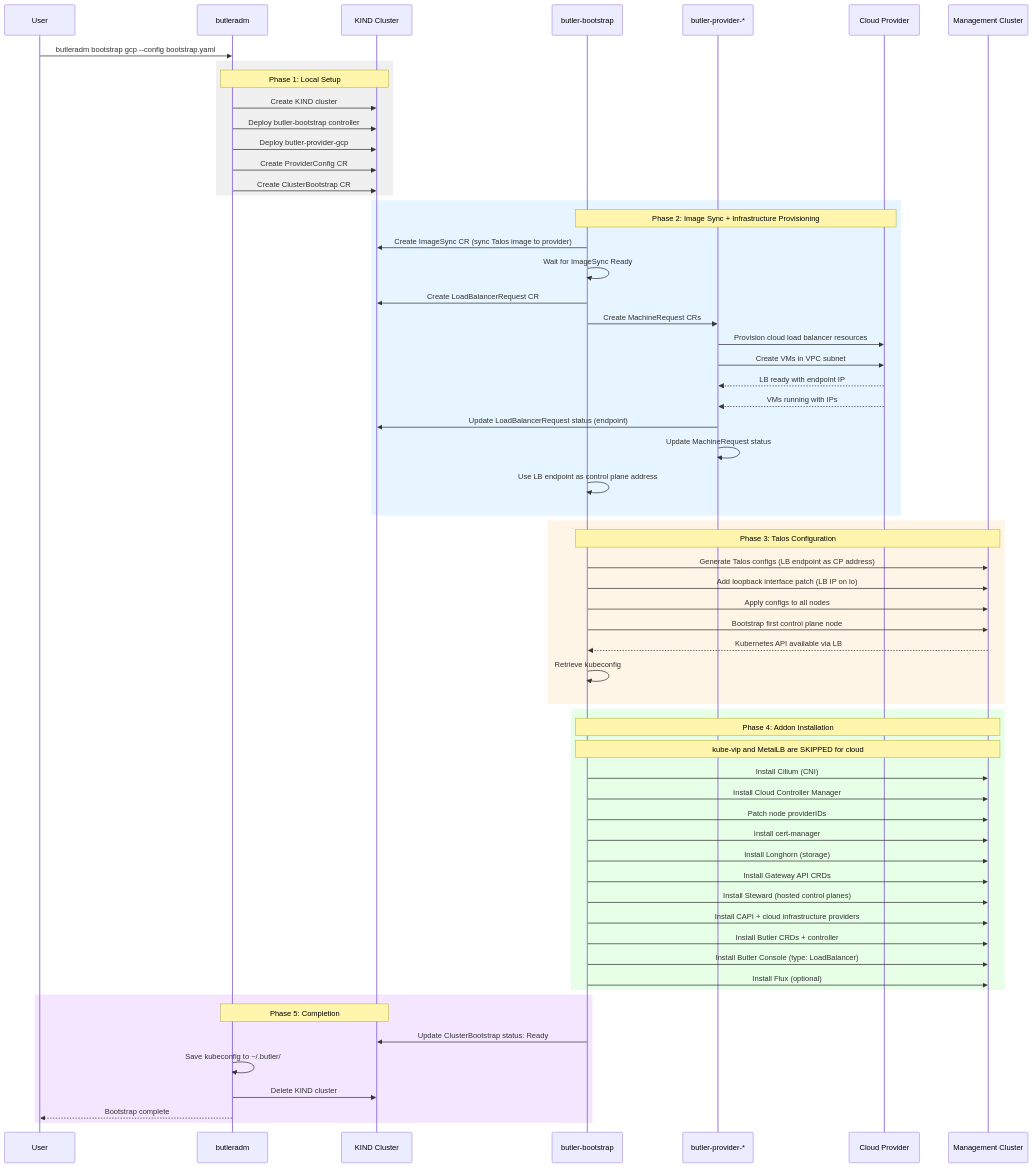
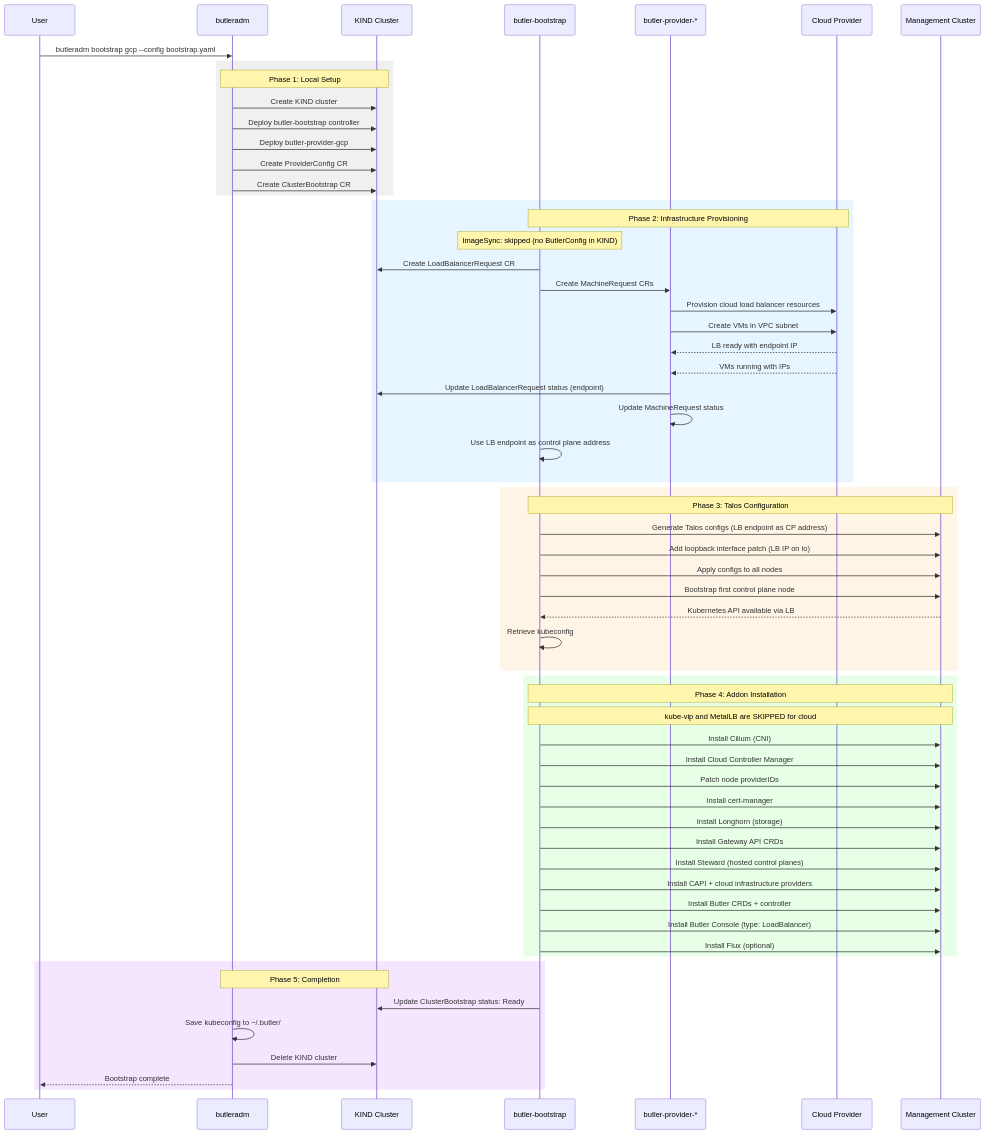
The second of 2 diagrams in docs/architecture/bootstrap-flow.md (butlerdotdev/butler), drawn with Mermaid before and after one commit. The commit also changed other lines of this file, not shown here.

First line of the commit message:
docs: fix ImageSync in bootstrap flow to reflect actual behavior

````diff
--- a/docs/architecture/bootstrap-flow.md
+++ b/docs/architecture/bootstrap-flow.md
@@ -110,70 +109,69 @@
 ```mermaid
 sequenceDiagram
     participant User
     participant CLI as butleradm
     participant KIND as KIND Cluster
     participant Bootstrap as butler-bootstrap
     participant Provider as butler-provider-*
     participant Cloud as Cloud Provider
     participant MC as Management Cluster
 
     User->>CLI: butleradm bootstrap gcp --config bootstrap.yaml
 
     rect rgb(240, 240, 240)
         Note over CLI,KIND: Phase 1: Local Setup
         CLI->>KIND: Create KIND cluster
         CLI->>KIND: Deploy butler-bootstrap controller
         CLI->>KIND: Deploy butler-provider-gcp
         CLI->>KIND: Create ProviderConfig CR
         CLI->>KIND: Create ClusterBootstrap CR
     end
 
     rect rgb(230, 245, 255)
-        Note over Bootstrap,Cloud: Phase 2: Image Sync + Infrastructure Provisioning
-        Bootstrap->>KIND: Create ImageSync CR (sync Talos image to provider)
-        Bootstrap->>Bootstrap: Wait for ImageSync Ready
+        Note over Bootstrap,Cloud: Phase 2: Infrastructure Provisioning
+        Note over Bootstrap: ImageSync: skipped (no ButlerConfig in KIND)
         Bootstrap->>KIND: Create LoadBalancerRequest CR
         Bootstrap->>Provider: Create MachineRequest CRs
         Provider->>Cloud: Provision cloud load balancer resources
         Provider->>Cloud: Create VMs in VPC subnet
         Cloud-->>Provider: LB ready with endpoint IP
         Cloud-->>Provider: VMs running with IPs
         Provider->>KIND: Update LoadBalancerRequest status (endpoint)
         Provider->>Provider: Update MachineRequest status
         Bootstrap->>Bootstrap: Use LB endpoint as control plane address
     end
 
     rect rgb(255, 245, 230)
         Note over Bootstrap,MC: Phase 3: Talos Configuration
         Bootstrap->>MC: Generate Talos configs (LB endpoint as CP address)
         Bootstrap->>MC: Add loopback interface patch (LB IP on lo)
         Bootstrap->>MC: Apply configs to all nodes
         Bootstrap->>MC: Bootstrap first control plane node
         MC-->>Bootstrap: Kubernetes API available via LB
         Bootstrap->>Bootstrap: Retrieve kubeconfig
     end
 
     rect rgb(230, 255, 230)
         Note over Bootstrap,MC: Phase 4: Addon Installation
         Note over Bootstrap,MC: kube-vip and MetalLB are SKIPPED for cloud
         Bootstrap->>MC: Install Cilium (CNI)
         Bootstrap->>MC: Install Cloud Controller Manager
         Bootstrap->>MC: Patch node providerIDs
         Bootstrap->>MC: Install cert-manager
         Bootstrap->>MC: Install Longhorn (storage)
         Bootstrap->>MC: Install Gateway API CRDs
         Bootstrap->>MC: Install Steward (hosted control planes)
         Bootstrap->>MC: Install CAPI + cloud infrastructure providers
         Bootstrap->>MC: Install Butler CRDs + controller
         Bootstrap->>MC: Install Butler Console (type: LoadBalancer)
         Bootstrap->>MC: Install Flux (optional)
     end
 
     rect rgb(245, 230, 255)
         Note over CLI,KIND: Phase 5: Completion
         Bootstrap->>KIND: Update ClusterBootstrap status: Ready
         CLI->>CLI: Save kubeconfig to ~/.butler/
         CLI->>KIND: Delete KIND cluster
         CLI-->>User: Bootstrap complete
     end
 ```
````
